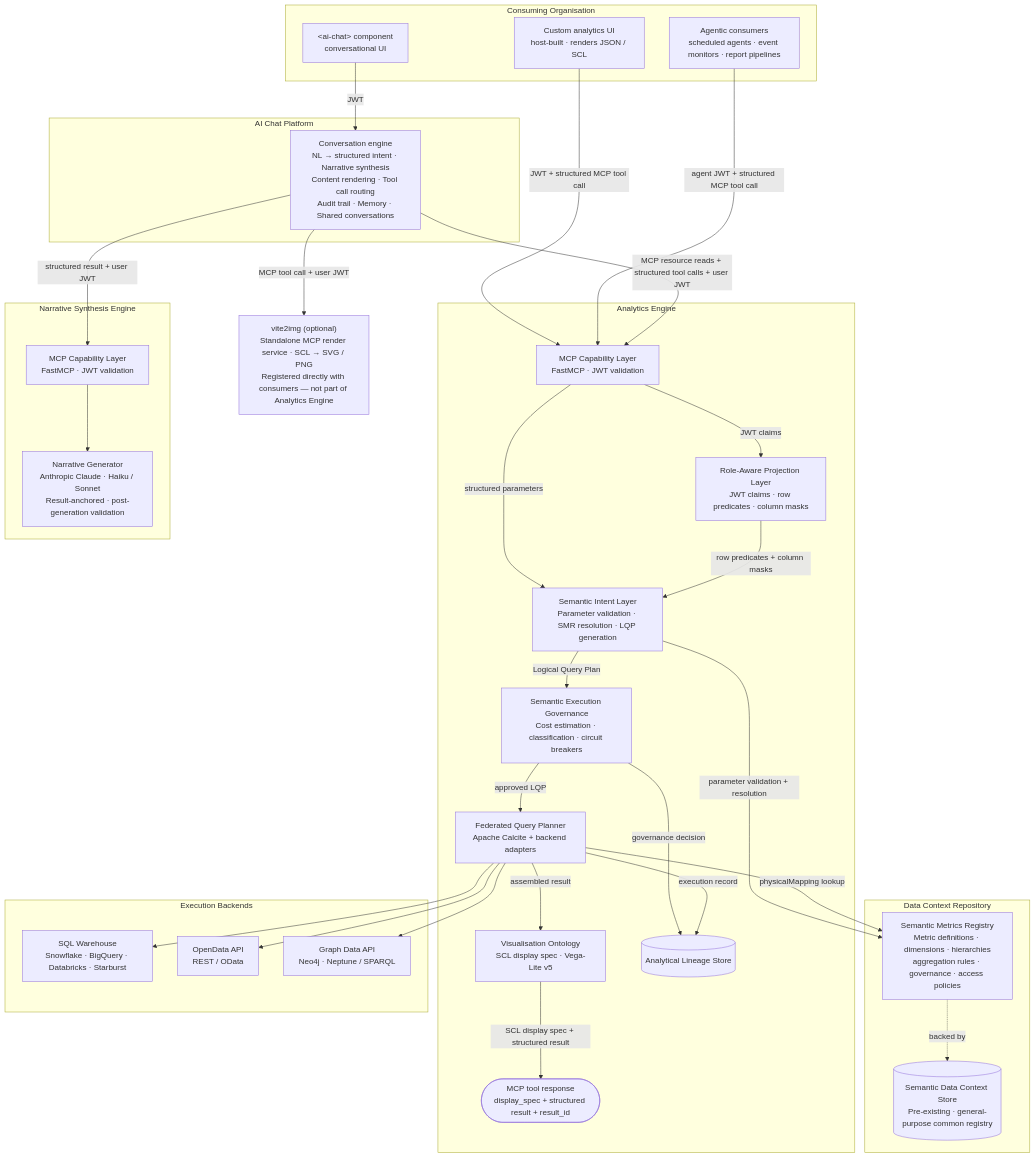
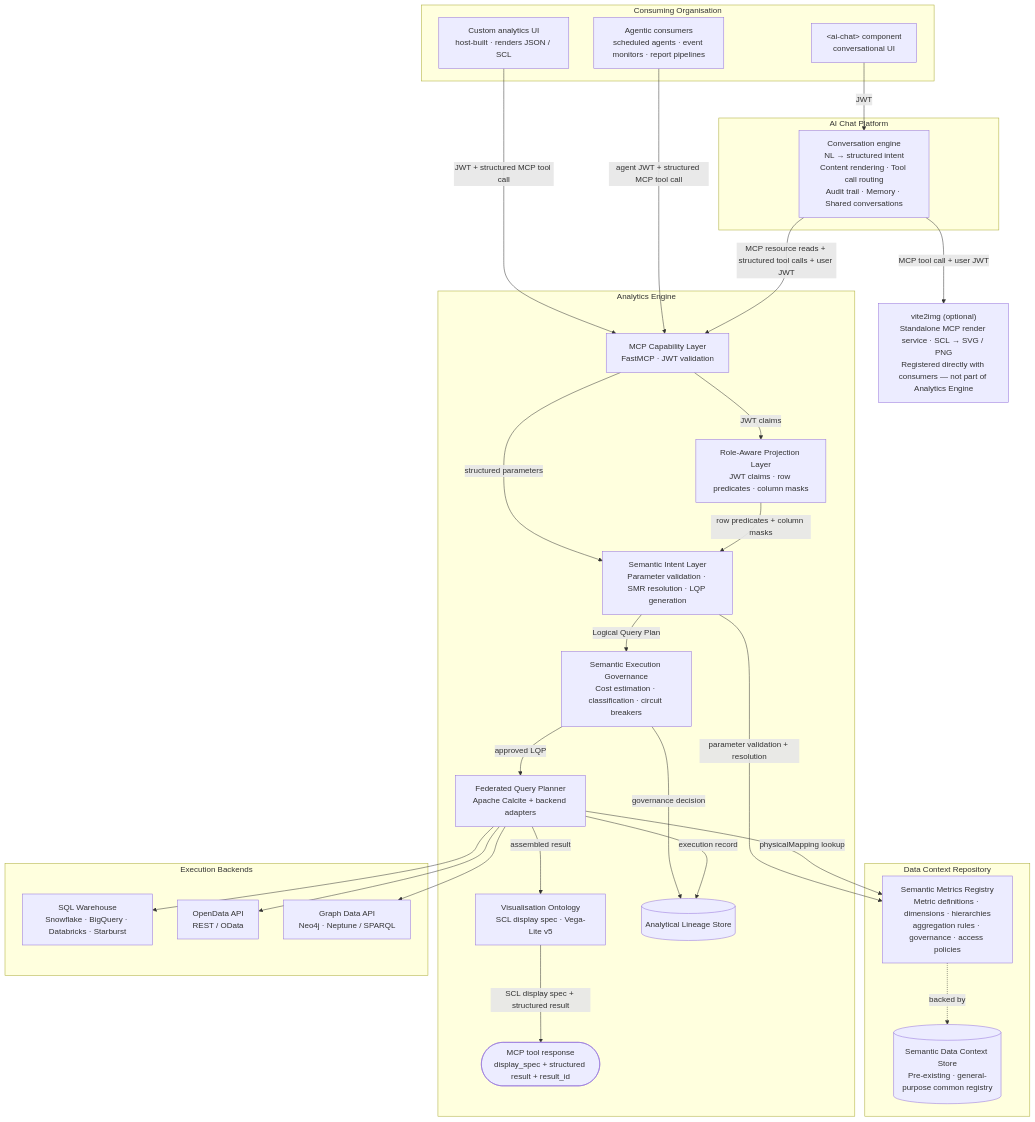
Before and after one commit to M-A-Operating-System/shared-work: the first of 6 diagrams in docs/product/analytics/03-core-capabilities.md, drawn with Mermaid. The commit also changed other lines of this file and 3 other files, not shown here.

First line of the commit message:
Remove Narrative Synthesis Engine; make Analytics Engine fully deterministic

````diff
--- a/docs/product/analytics/03-core-capabilities.md
+++ b/docs/product/analytics/03-core-capabilities.md
@@ -11,62 +11,55 @@
 ```mermaid
 flowchart TD
     subgraph org["Consuming Organisation"]
         ChatComp["&lt;ai-chat&gt; component\nconversational UI"]
         CustomUI["Custom analytics UI\nhost-built · renders JSON / SCL"]
         Agents["Agentic consumers\nscheduled agents · event monitors · report pipelines"]
     end
 
     subgraph aichat["AI Chat Platform"]
-        ChatEngine["Conversation engine\nNL → structured intent · Narrative synthesis\nContent rendering · Tool call routing\nAudit trail · Memory · Shared conversations"]
+        ChatEngine["Conversation engine\nNL → structured intent\nContent rendering · Tool call routing\nAudit trail · Memory · Shared conversations"]
     end
 
     subgraph analytics["Analytics Engine"]
         MCP["MCP Capability Layer\nFastMCP · JWT validation"]
         SIL["Semantic Intent Layer\nParameter validation · SMR resolution · LQP generation"]
         RAPL["Role-Aware Projection Layer\nJWT claims · row predicates · column masks"]
         SEG["Semantic Execution Governance\nCost estimation · classification · circuit breakers"]
         FQP["Federated Query Planner\nApache Calcite + backend adapters"]
         VO["Visualisation Ontology\nSCL display spec · Vega-Lite v5"]
         LS[("Analytical Lineage Store")]
         Result(["MCP tool response\ndisplay_spec + structured result + result_id"])
-    end
-
-    subgraph nse_platform["Narrative Synthesis Engine"]
-        NSE_MCP["MCP Capability Layer\nFastMCP · JWT validation"]
-        NSE_Core["Narrative Generator\nAnthropic Claude · Haiku / Sonnet\nResult-anchored · post-generation validation"]
-        NSE_MCP --> NSE_Core
     end
 
     vite2img["vite2img (optional)\nStandalone MCP render service · SCL → SVG / PNG\nRegistered directly with consumers — not part of Analytics Engine"]
 
     subgraph dcr["Data Context Repository"]
         SMR["Semantic Metrics Registry\nMetric definitions · dimensions · hierarchies\naggregation rules · governance · access policies"]
         DCS[("Semantic Data Context Store\nPre-existing · general-purpose common registry")]
         SMR -. backed by .-> DCS
     end
 
     subgraph backends["Execution Backends"]
         SQL["SQL Warehouse\nSnowflake · BigQuery · Databricks · Starburst"]
         ODA["OpenData API\nREST / OData"]
         GDA["Graph Data API\nNeo4j · Neptune / SPARQL"]
     end
 
     ChatComp -->|"JWT"| ChatEngine
     CustomUI -->|"JWT + structured MCP tool call"| MCP
     Agents -->|"agent JWT + structured MCP tool call"| MCP
     ChatEngine -->|"MCP resource reads + structured tool calls + user JWT"| MCP
-    ChatEngine -->|"structured result + user JWT"| NSE_MCP
     ChatEngine -->|"MCP tool call + user JWT"| vite2img
     MCP -->|"structured parameters"| SIL
     MCP -->|"JWT claims"| RAPL
     RAPL -->|"row predicates + column masks"| SIL
     SIL -->|"parameter validation + resolution"| SMR
     SIL -->|"Logical Query Plan"| SEG
     SEG -->|"approved LQP"| FQP
     SEG -->|"governance decision"| LS
     FQP -->|"physicalMapping lookup"| SMR
     FQP --> SQL & ODA & GDA
     FQP -->|"execution record"| LS
     FQP -->|"assembled result"| VO
     VO -->|"SCL display spec + structured result"| Result
 ```
````
